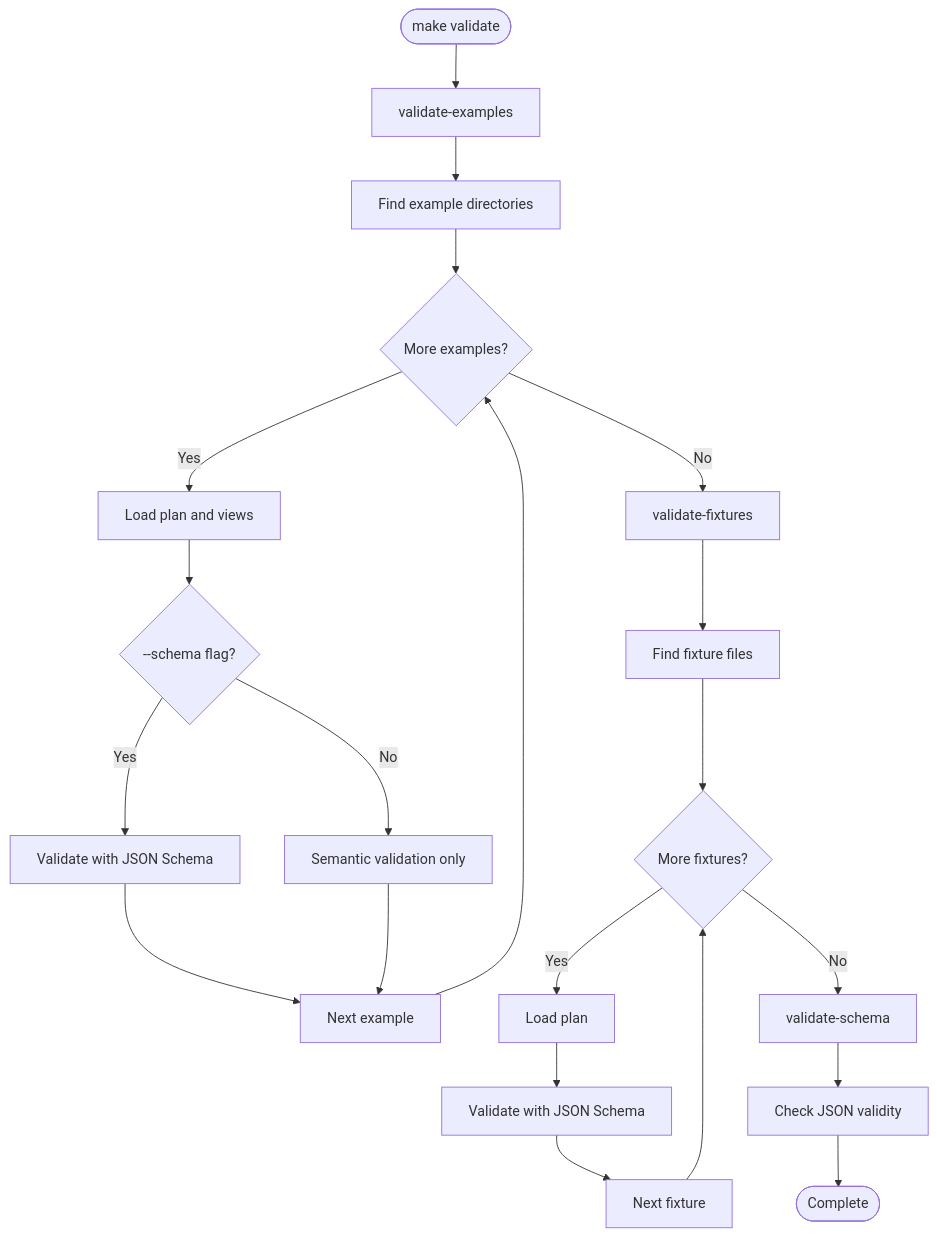
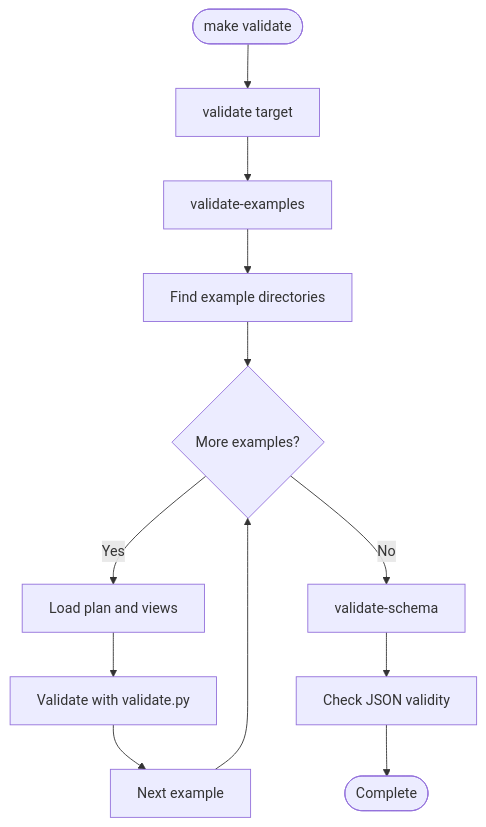
Before and after one commit to asukhodko/opskarta: the fourth of 5 diagrams in .qoder/repowiki/en/content/Integration Guide/Workflow Automation.md, drawn with Mermaid. The commit also changed other lines of this file and 6 other files, not shown here.

````diff
--- a/.qoder/repowiki/en/content/Integration Guide/Workflow Automation.md
+++ b/.qoder/repowiki/en/content/Integration Guide/Workflow Automation.md
@@ -307,23 +352,14 @@
 ```mermaid
 flowchart TD
-Start(["make validate"]) --> EX["validate-examples"]
+Start(["make validate"]) --> CONSOLIDATED["validate target"]
+CONSOLIDATED --> EX["validate-examples"]
 EX --> FIND_EX["Find example directories"]
 FIND_EX --> LOOP_EX{"More examples?"}
 LOOP_EX --> |Yes| LOAD_EX["Load plan and views"]
-LOAD_EX --> SCHEMA_EX{"--schema flag?"}
-SCHEMA_EX --> |Yes| VALIDATE_EX["Validate with JSON Schema"]
-SCHEMA_EX --> |No| SEMANTIC_EX["Semantic validation only"]
+LOAD_EX --> VALIDATE_EX["Validate with validate.py"]
 VALIDATE_EX --> NEXT_EX["Next example"]
-SEMANTIC_EX --> NEXT_EX
 NEXT_EX --> LOOP_EX
-LOOP_EX --> |No| FIX["validate-fixtures"]
-FIX --> FIND_FIX["Find fixture files"]
-FIND_FIX --> LOOP_FIX{"More fixtures?"}
-LOOP_FIX --> |Yes| LOAD_FIX["Load plan"]
-LOAD_FIX --> SCHEMA_FIX["Validate with JSON Schema"]
-SCHEMA_FIX --> NEXT_FIX["Next fixture"]
-NEXT_FIX --> LOOP_FIX
-LOOP_FIX --> |No| SCHEMA["validate-schema"]
+LOOP_EX --> |No| SCHEMA["validate-schema"]
 SCHEMA --> CHECK_JSON["Check JSON validity"]
 CHECK_JSON --> END(["Complete"])
 ```
````
